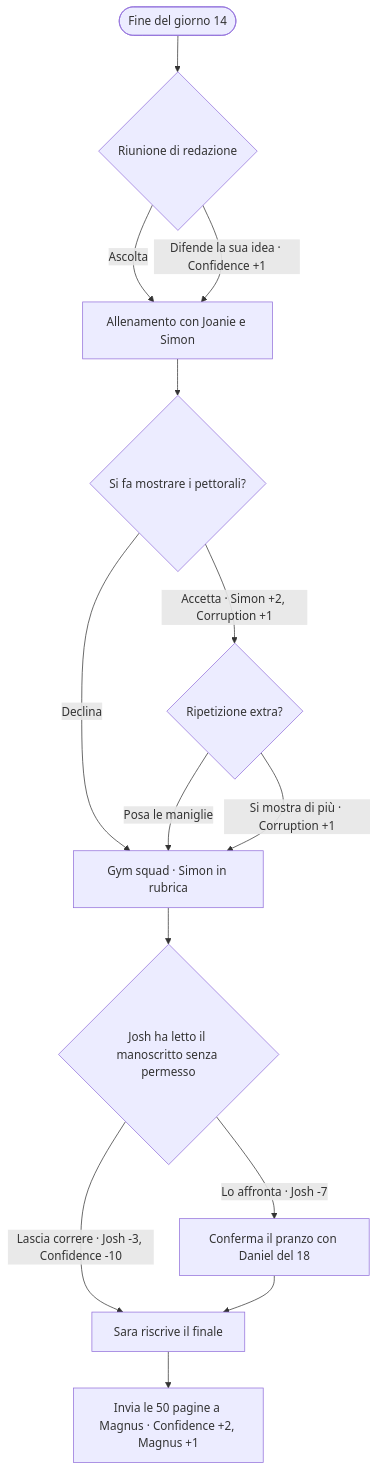
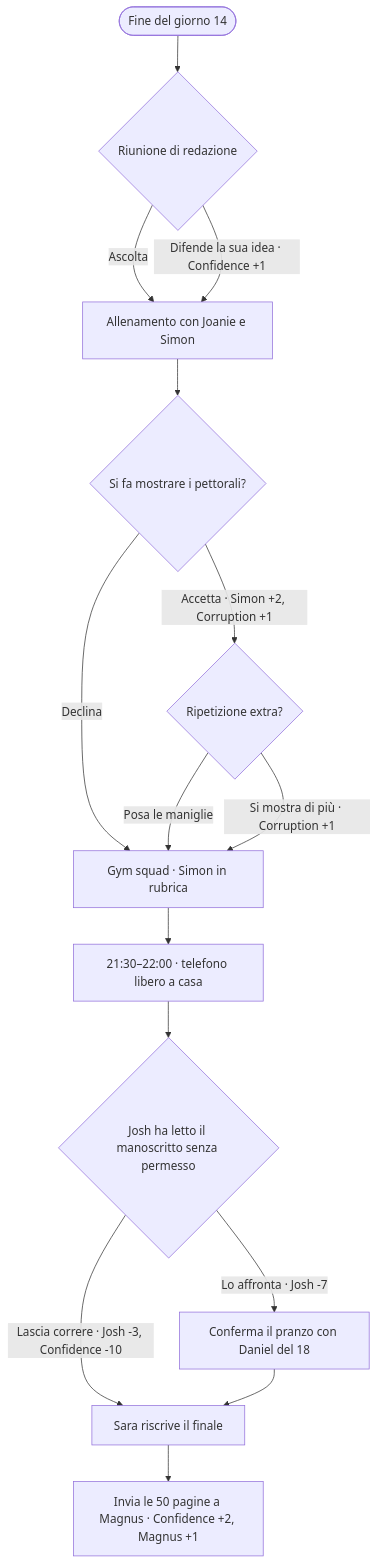
One commit to jodypadulano-svg/The-thin-line changed the third of 5 diagrams in docs/grafo.md. Above: the diagram before and after it, drawn with Mermaid. The commit also changed other lines of this file and 71 other files, not shown here.

````diff
--- a/docs/grafo.md
+++ b/docs/grafo.md
@@ -162,16 +162,17 @@
 ```mermaid
 flowchart TD
     D14([Fine del giorno 14]) --> R{Riunione di redazione}
     R -->|Ascolta| P["Allenamento con Joanie e Simon"]
     R -->|Difende la sua idea · Confidence +1| P
     P --> C{Si fa mostrare i pettorali?}
     C -->|Declina| G["Gym squad · Simon in rubrica"]
     C -->|Accetta · Simon +2, Corruption +1| E{Ripetizione extra?}
     E -->|Posa le maniglie| G
     E -->|Si mostra di più · Corruption +1| G
-    G --> J{"Josh ha letto il manoscritto senza permesso"}
+    G --> F["21:30–22:00 · telefono libero a casa"]
+    F --> J{"Josh ha letto il manoscritto senza permesso"}
     J -->|Lo affronta · Josh -7| D["Conferma il pranzo con Daniel del 18"]
     J -->|Lascia correre · Josh -3, Confidence -10| M["Sara riscrive il finale"]
     D --> M
     M --> I["Invia le 50 pagine a Magnus · Confidence +2, Magnus +1"]
 ```
````
